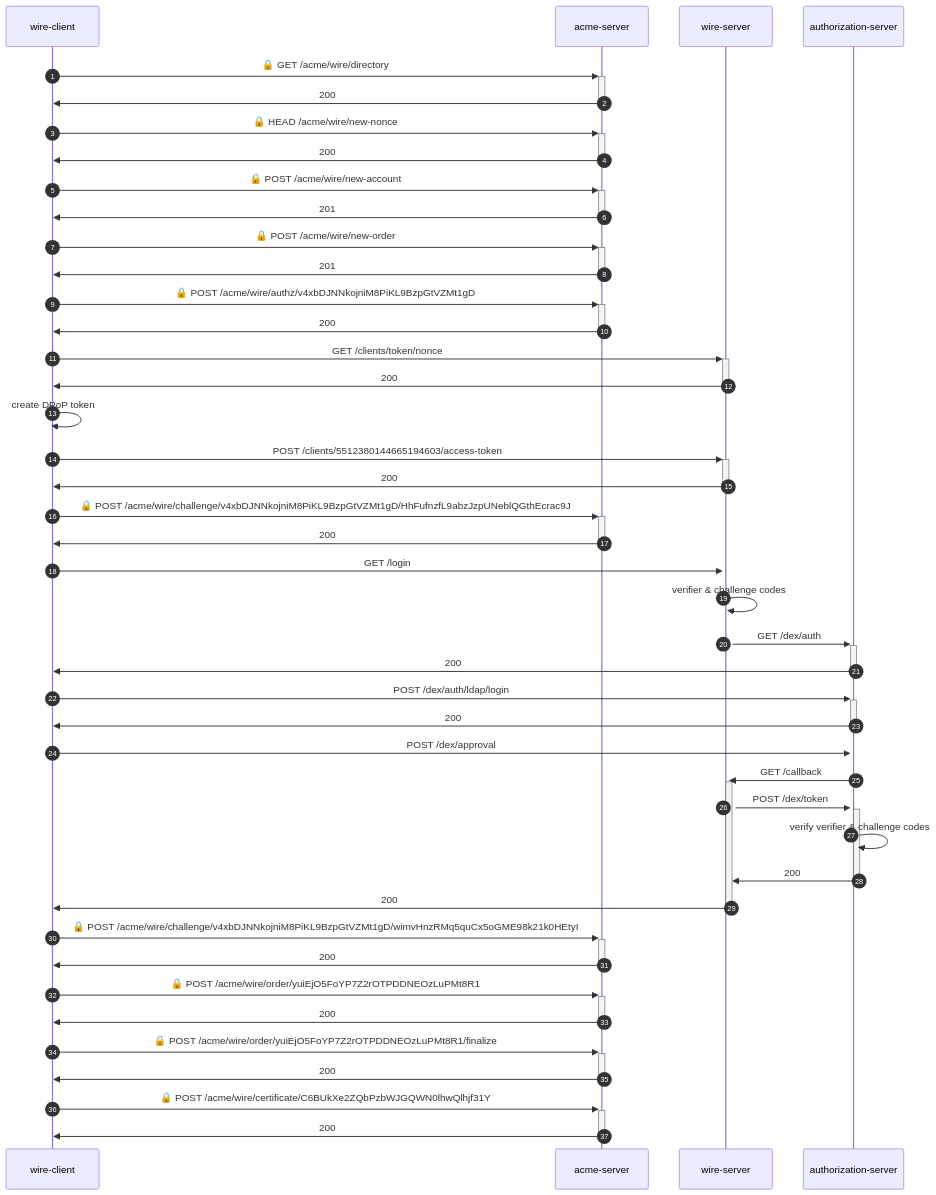
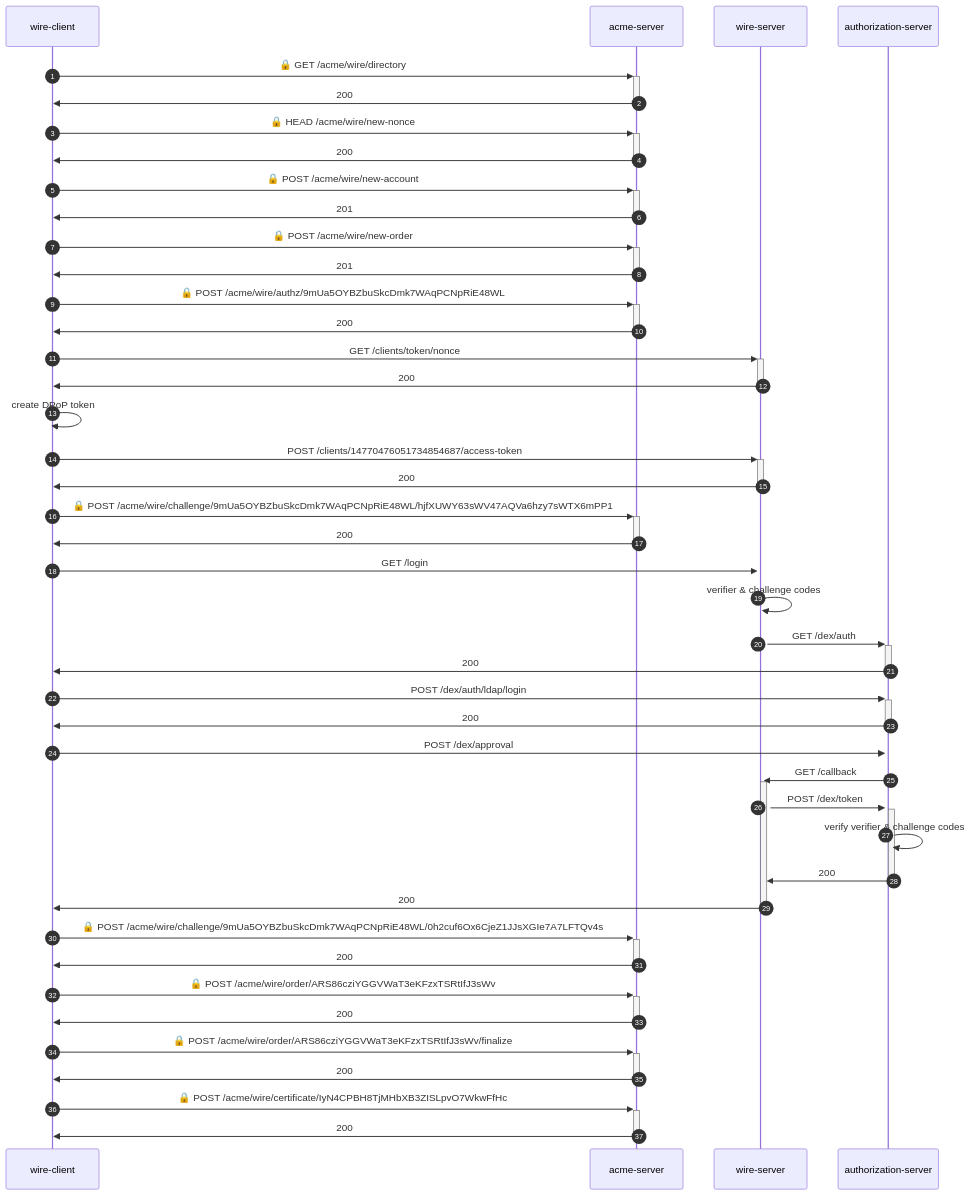
The diagram in e2e-identity/README.md (wireapp/rusty-jwt-tools), drawn with Mermaid before and after one commit. The commit also changed other lines of this file and 7 other files, not shown here.

````diff
--- a/e2e-identity/README.md
+++ b/e2e-identity/README.md
@@ -3,41 +3,41 @@
 ```mermaid
 sequenceDiagram
     autonumber
     wire-client->>+acme-server: 🔒 GET /acme/wire/directory
     acme-server->>-wire-client: 200
     wire-client->>+acme-server: 🔒 HEAD /acme/wire/new-nonce
     acme-server->>-wire-client: 200
     wire-client->>+acme-server: 🔒 POST /acme/wire/new-account
     acme-server->>-wire-client: 201
     wire-client->>+acme-server: 🔒 POST /acme/wire/new-order
     acme-server->>-wire-client: 201
-    wire-client->>+acme-server: 🔒 POST /acme/wire/authz/v4xbDJNNkojniM8PiKL9BzpGtVZMt1gD
+    wire-client->>+acme-server: 🔒 POST /acme/wire/authz/9mUa5OYBZbuSkcDmk7WAqPCNpRiE48WL
     acme-server->>-wire-client: 200
     wire-client->>+wire-server:  GET /clients/token/nonce
     wire-server->>-wire-client: 200
     wire-client->>wire-client: create DPoP token
-    wire-client->>+wire-server:  POST /clients/5512380144665194603/access-token
+    wire-client->>+wire-server:  POST /clients/14770476051734854687/access-token
     wire-server->>-wire-client: 200
-    wire-client->>+acme-server: 🔒 POST /acme/wire/challenge/v4xbDJNNkojniM8PiKL9BzpGtVZMt1gD/HhFufnzfL9abzJzpUNeblQGthEcrac9J
+    wire-client->>+acme-server: 🔒 POST /acme/wire/challenge/9mUa5OYBZbuSkcDmk7WAqPCNpRiE48WL/hjfXUWY63sWV47AQVa6hzy7sWTX6mPP1
     acme-server->>-wire-client: 200
     wire-client->>+wire-server:  GET /login
     wire-server->>wire-server: verifier & challenge codes
     wire-server->>+authorization-server:  GET /dex/auth
     authorization-server->>-wire-client: 200
     wire-client->>+authorization-server:  POST /dex/auth/ldap/login
     authorization-server->>-wire-client: 200
     wire-client->>+authorization-server:  POST /dex/approval
     authorization-server->>+wire-server:  GET /callback
     wire-server->>+authorization-server:  POST /dex/token
     authorization-server->>authorization-server: verify verifier & challenge codes
     authorization-server->>-wire-server: 200
     wire-server->>-wire-client: 200
-    wire-client->>+acme-server: 🔒 POST /acme/wire/challenge/v4xbDJNNkojniM8PiKL9BzpGtVZMt1gD/wimvHnzRMq5quCx5oGME98k21k0HEtyI
+    wire-client->>+acme-server: 🔒 POST /acme/wire/challenge/9mUa5OYBZbuSkcDmk7WAqPCNpRiE48WL/0h2cuf6Ox6CjeZ1JJsXGIe7A7LFTQv4s
     acme-server->>-wire-client: 200
-    wire-client->>+acme-server: 🔒 POST /acme/wire/order/yuiEjO5FoYP7Z2rOTPDDNEOzLuPMt8R1
+    wire-client->>+acme-server: 🔒 POST /acme/wire/order/ARS86cziYGGVWaT3eKFzxTSRtIfJ3sWv
     acme-server->>-wire-client: 200
-    wire-client->>+acme-server: 🔒 POST /acme/wire/order/yuiEjO5FoYP7Z2rOTPDDNEOzLuPMt8R1/finalize
+    wire-client->>+acme-server: 🔒 POST /acme/wire/order/ARS86cziYGGVWaT3eKFzxTSRtIfJ3sWv/finalize
     acme-server->>-wire-client: 200
-    wire-client->>+acme-server: 🔒 POST /acme/wire/certificate/C6BUkXe2ZQbPzbWJGQWN0lhwQlhjf31Y
+    wire-client->>+acme-server: 🔒 POST /acme/wire/certificate/IyN4CPBH8TjMHbXB3ZISLpvO7WkwFfHc
     acme-server->>-wire-client: 200
 ```
````
